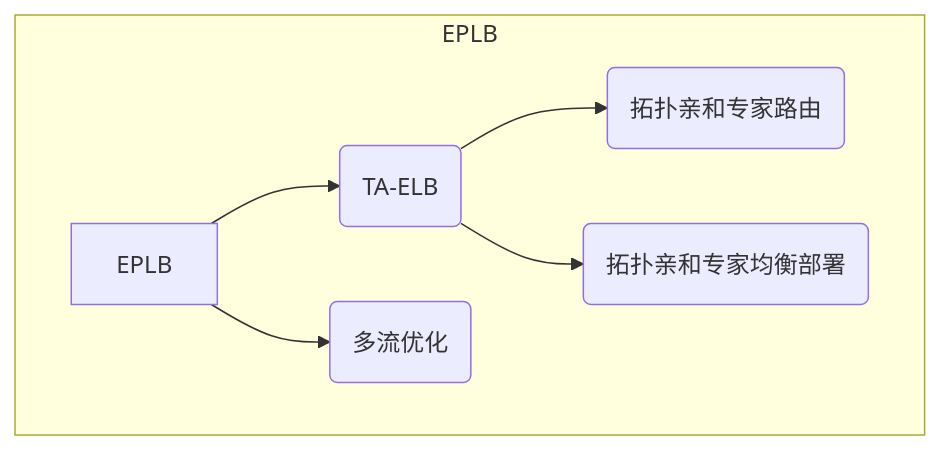
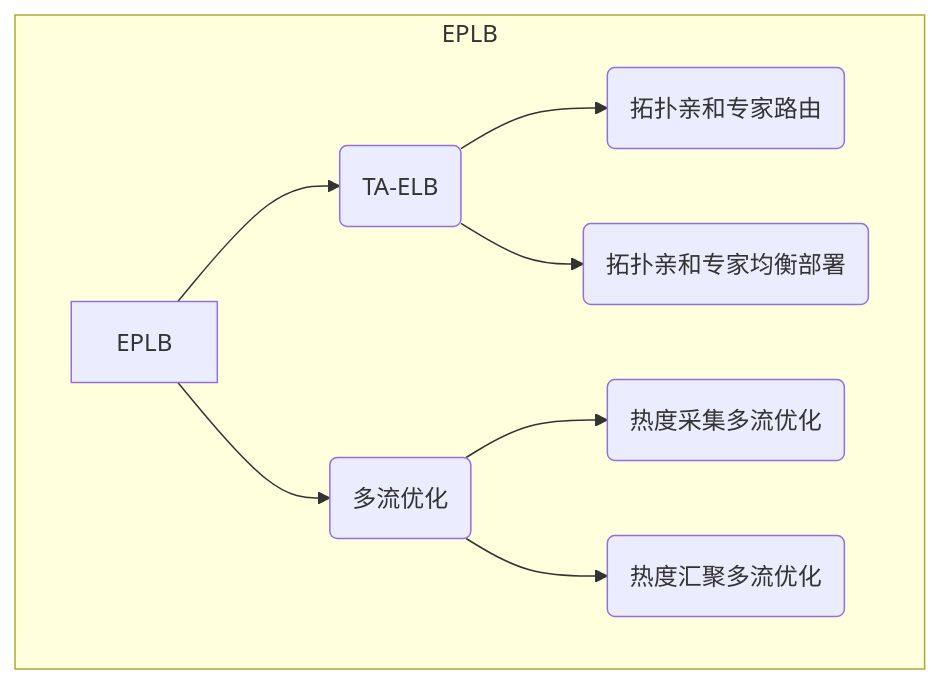
The diagram in docs/source/_templates/sections/通用大EP EPLB特性调优.md (Skywalker-EP/vllm-ascend), drawn with Mermaid before and after one commit. The commit also changed other lines of this file, not shown here.

Commit message:
EPLB optimize design document v1.2

````diff
--- a/docs/source/_templates/sections/通用大EP EPLB特性调优.md
+++ b/docs/source/_templates/sections/通用大EP EPLB特性调优.md
@@ -39,9 +39,11 @@
 ```mermaid
 flowchart TD
   subgraph EPLB
     A[EPLB] --> A1(TA-ELB)
     A --> A2(多流优化)
     A1 --> B1(拓扑亲和专家路由)
     A1 --> B2(拓扑亲和专家均衡部署)
+    A2 --> C2(热度采集多流优化)
+    A2 --> C1(热度汇聚多流优化)
   end
 ```
````
